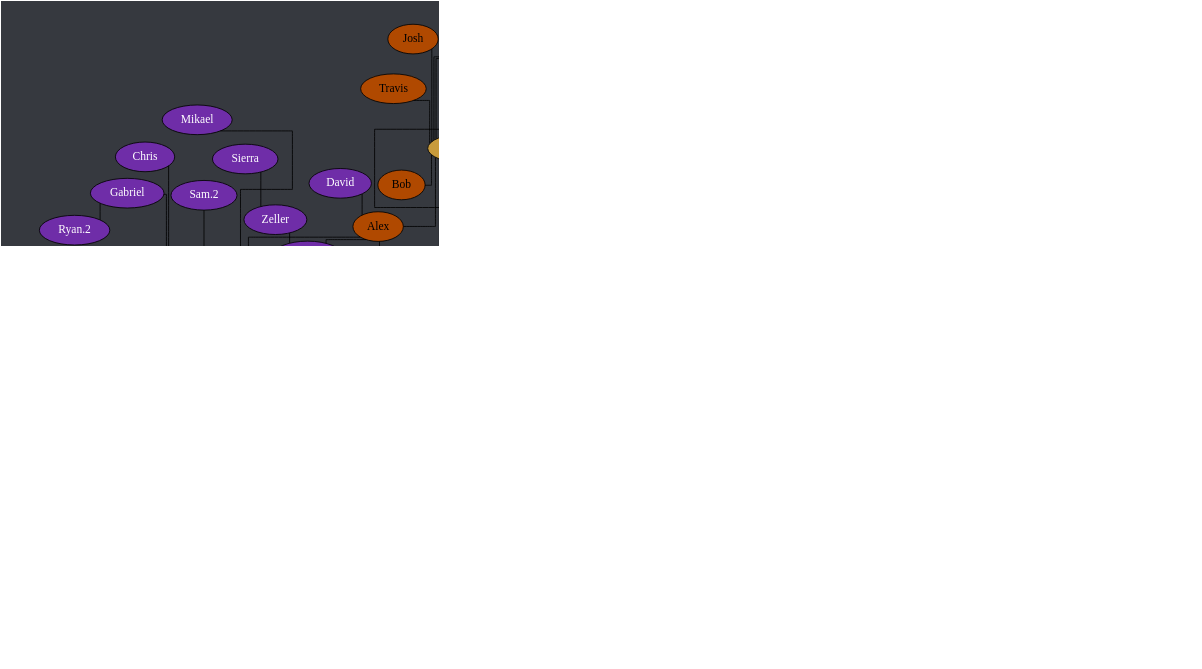
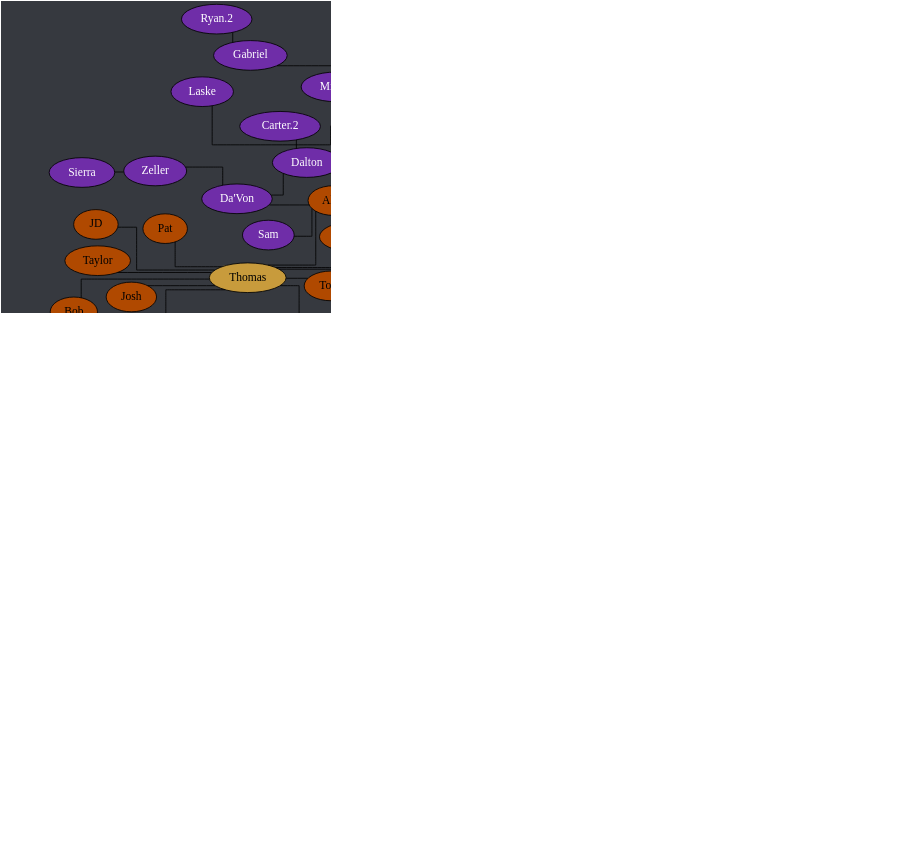
Before and after one commit to Documidas/CoronaCatzFamilyTree: the diagram in tree.dot, drawn with Graphviz. The commit also changed 1 other file, not shown here.

Commit message:
Rename Carter.1 to Carter-1.0

```diff
--- a/tree.dot
+++ b/tree.dot
@@ -1,182 +1,182 @@
 strict graph {
 	// Layout Configuration
 	layout = neato;
 	dpi = 200;
 	epsilon = 0.01;
 	mode = major;
 	model = subset;
 	overlap = false;
 	splines = ortho;
 	start = rand;
 
 	// Visual Configuration
 	graph [ truecolor=true bgcolor="#36393f" ];
 	node [ style=filled fillcolor="gray" fontcolor="black" ];
 
 	subgraph "Joel" {
 		node [ style=filled fillcolor="firebrick4" fontcolor="white" ];
 		Joel [ style=filled fillcolor="gold" fontcolor="black" ];
 
 		Cayla -- Ali;
 		Cayla -- Jonathan;
 		Cayla -- Kate;
 		Cayla -- Ranger;
 		Joel -- Anders;
 		Joel -- Cayla;
 		Joel -- Conner;
 		Joel -- Jared;
 		Joel -- Kat;
 		Joel -- Patrick;
 		Joel -- Steven;
 	}
 
 	subgraph "Anders" {
 		node [ style=filled fillcolor="green4" fontcolor="white" ];
 		// Anders [ style=filled fillcolor="green4" fontcolor="white" ];
 
 		Anders -- Chiara;
 		Anders -- Cody;
 		Anders -- Daniel;
 		Anders -- Derek;
 		Anders -- DJ;
 		Anders -- Hahnur;
 		Anders -- Jen;
 		Anders -- "Matt.2";
 		Anders -- Solis;
 		Anders -- Will;
 		Anders -- Wyatt;
 		Anders -- Zach;
 	}
 
 	subgraph "Jared" {
 		node [ style=filled fillcolor="royalblue" fontcolor="black" ];
 		// Jared [ style=filled fillcolor="royalblue" fontcolor="black" ];
 
 		Andrew -- Hannah;
 		Cole -- "Shadia/SJ";
 		Donnie -- Bianca;
 		Donnie -- Bryan;
 		Donnie -- Troy;
 		Greg -- Andrew;
-		Greg -- "Carter.1";
+		Greg -- "Carter-1.0";
 		Greg -- Ina;
 		Greg -- "John Boi";
 		Greg -- Tails;
 		Greg -- Tanyon;
 		Hannah -- Raana;
 		Jared -- Brandi;
 		Jared -- Dave;
 		Jared -- Donnie;
 		Jared -- Fabi;
 		Jared -- "Jack.2";
 		Jared -- Cole;
 		Jared -- Kamon;
 		Jared -- Greg;
 		Jared -- Isabelle;
 		Jared -- Mason;
 		Jared -- "Matt.1";
 		Jared -- Mehmet;
 		Jared -- Nam;
 		Jared -- Pixie;
 		Jared -- Shannon;
 		Jared -- Spencer;
 		Jared -- Tyler;
 		Jared -- "Zach/Laniakea";
 		Jared -- Zoe;
 		"John Boi" -- Hardie;
 		"Shadia/SJ" -- Kalel;
 		"Shadia/SJ" -- Tommy;
 		Tommy -- Danny;
 		Troy -- Drake;
 		Tyler -- Gaby;
 		Zoe -- Brandon;
 	}
 
 	subgraph "Zach/Laniakea" {
 		node [ style=filled fillcolor="#4eff2c" fontcolor="black" ];
 		// "Zach/Laniakea" [ style=filled fillcolor="#4eff2c" fontcolor="black" ];
 
 		"Caio.2" -- "Kyle.1";
 		"Caio.2" -- Lucas;
 		Kuri -- "Andrew/Spook";
 		Kuri -- Jon;
 		Kuri -- Karma;
 		Kuri -- Ram;
 		Uko -- Marcus;
 		"Ryan/Wenger" -- Gracie;
 		"Zach/Laniakea" -- Allen;
 		"Zach/Laniakea" -- "Caio.2";
 		"Zach/Laniakea" -- John;
 		"Zach/Laniakea" -- Logan;
 		"Zach/Laniakea" -- Kevin;
 		"Zach/Laniakea" -- Kuri;
 		"Zach/Laniakea" -- "Kyle.0";
 		"Zach/Laniakea" -- Mike;
 		"Zach/Laniakea" -- "Ryan/Wenger";
 		"Zach/Laniakea" -- Uko;
 	}
 
 	subgraph "John" {
 		node [ style=filled fillcolor="#c89b3c" fontcolor="black" ];
 		// John [ style=filled fillcolor="#c89b3c" fontcolor="black" ];
 
 		John -- Anna;
 		John -- Emily;
 		John -- Haber;
 		John -- Jay;
 		John -- "Jack.1";
 		John -- Lara;
 		John -- Monarch;
 		John -- Thomas;
 	}
 
 	subgraph "John-stream" {
 		// node [ style=filled fillcolor="#9147ff" fontcolor="black" ];
 		node [ style=filled fillcolor="#c89b3c" fontcolor="black" ];
 
 		John -- "Michael/Wheezy";
 	}
 
 	subgraph "Thomas" {
 		node [ style=filled fillcolor="#b04900" fontcolor="black" ];
 		// Thomas [ style=filled fillcolor="#b04900" fontcolor="black" ];
 
 		Thomas -- Alex;
 		Thomas -- Bob;
 		Thomas -- Dre;
 		Thomas -- JD;
 		Thomas -- Josh;
 		Thomas -- Juan;
 		Thomas -- Pat;
 		Thomas -- Taylor;
 		Thomas -- Tony;
 		Thomas -- Travis;
 	}
 
 	subgraph "Alex" {
 		node [ style=filled fillcolor="#6f2da8" fontcolor="white" ];
 		// Alex [ style=filled fillcolor="#6f2da8" fontcolor="black" ];
 
 		Alex -- "Alex/Blitt";
 		Alex -- "Da'Von";
 		Alex -- David;
 		Alex -- Sam;
 		"Alex/Blitt" -- Alan;
 		"Alex/Blitt" -- "Alex the 3rd";
 		"Alex/Blitt" -- Brian;
 		"Alex/Blitt" -- Carlos;
 		"Alex/Blitt" -- Chris;
 		"Alex/Blitt" -- Gabriel;
 		"Alex/Blitt" -- "Kyle.3";
 		"Alex/Blitt" -- Laske;
 		"Alex/Blitt" -- Mikael;
 		"Alex/Blitt" -- "Ryan.1";
 		"Alex/Blitt" -- "Sam.2";
 		"Da'Von" -- Dalton;
 		"Da'Von" -- Zeller;
 		Dalton -- "Carter.2";
 		Dalton -- Graysen;
 		Gabriel -- "Ryan.2";
 		Zeller -- Sierra;
 	}
 }
```
